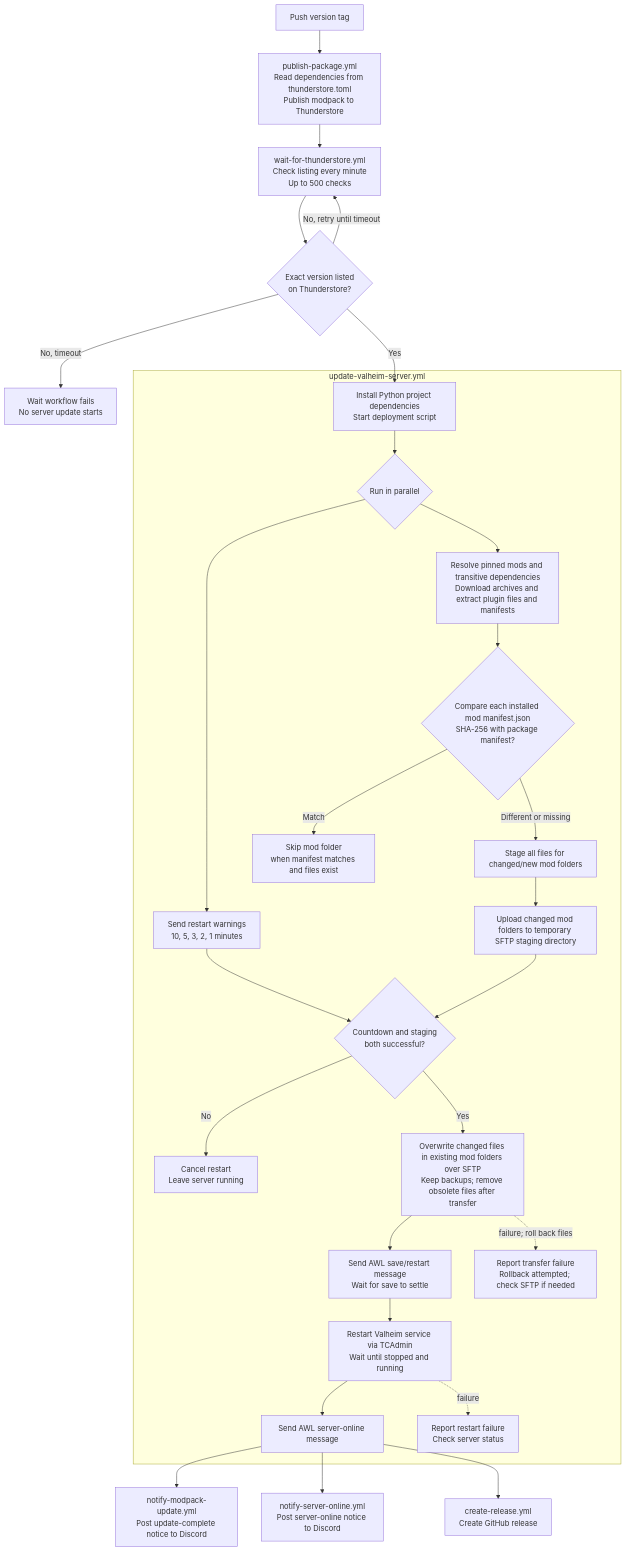
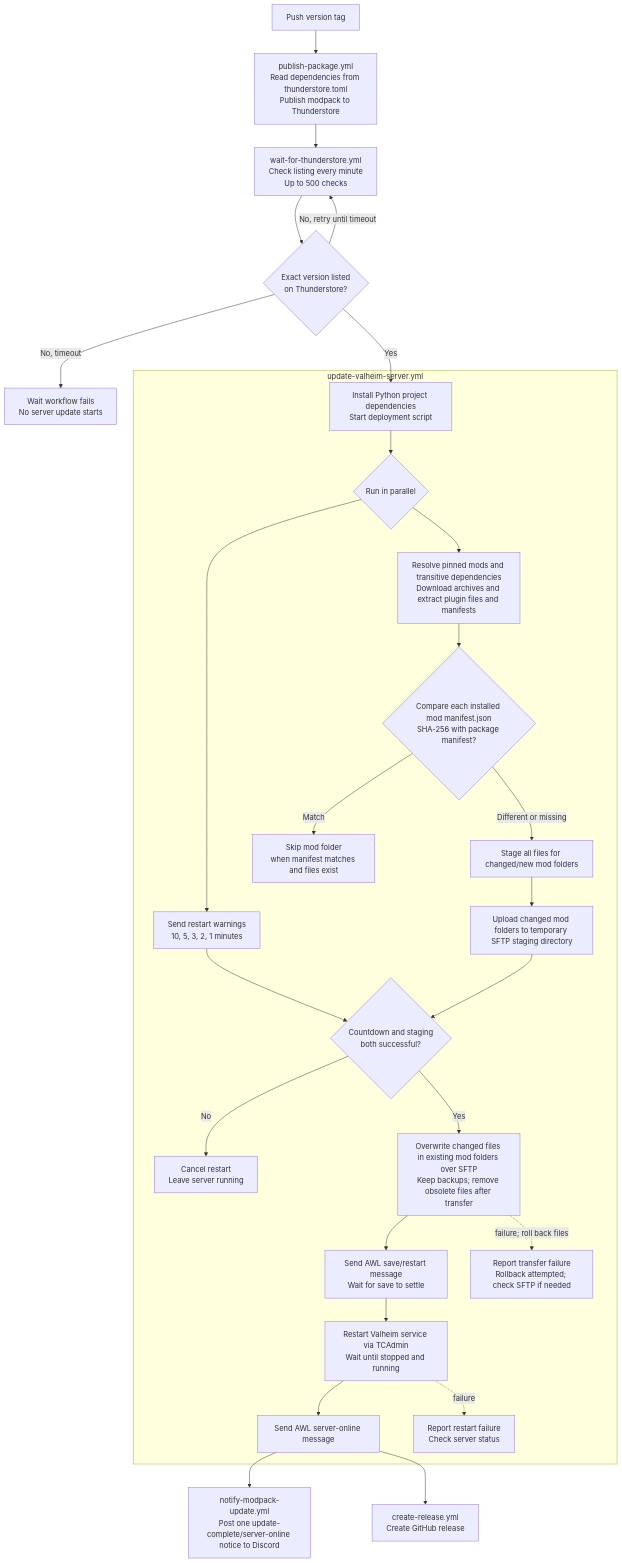
The diagram in docs/workflow.mmd (ryandamen/starfinders_valheim), drawn with Mermaid before and after one commit. The commit also changed 6 other files, not shown here.

```diff
--- a/docs/workflow.mmd
+++ b/docs/workflow.mmd
@@ -1,51 +1,49 @@
 flowchart TD
     tag["Push version tag"]
     publish["publish-package.yml<br/>Read dependencies from thunderstore.toml<br/>Publish modpack to Thunderstore"]
     wait["wait-for-thunderstore.yml<br/>Check listing every minute<br/>Up to 500 checks"]
     listed{"Exact version listed<br/>on Thunderstore?"}
     failListing["Wait workflow fails<br/>No server update starts"]
 
     subgraph deploy["update-valheim-server.yml"]
         start["Install Python project dependencies<br/>Start deployment script"]
         parallel{"Run in parallel"}
         countdown["Send restart warnings<br/>10, 5, 3, 2, 1 minutes"]
         packages["Resolve pinned mods and transitive dependencies<br/>Download archives and extract plugin files and manifests"]
         compare{"Compare each installed mod manifest.json<br/>SHA-256 with package manifest?"}
         unchanged["Skip mod folder<br/>when manifest matches and files exist"]
         changed["Stage all files for changed/new mod folders"]
         staged["Upload changed mod folders to temporary SFTP staging directory"]
         ready{"Countdown and staging<br/>both successful?"}
         cancel["Cancel restart<br/>Leave server running"]
         promote["Overwrite changed files in existing mod folders over SFTP<br/>Keep backups; remove obsolete files after transfer"]
         save["Send AWL save/restart message<br/>Wait for save to settle"]
         restart["Restart Valheim service via TCAdmin<br/>Wait until stopped and running"]
         awlOnline["Send AWL server-online message"]
         failAfterStop["Report restart failure<br/>Check server status"]
         promotionFailed["Report transfer failure<br/>Rollback attempted; check SFTP if needed"]
 
         start --> parallel
         parallel --> countdown
         parallel --> packages
         packages --> compare
         compare -->|Match| unchanged
         compare -->|Different or missing| changed --> staged
         countdown --> ready
         staged --> ready
         ready -->|No| cancel
         ready -->|Yes| promote
         promote --> save --> restart --> awlOnline
         promote -. "failure; roll back files" .-> promotionFailed
         restart -. "failure" .-> failAfterStop
     end
 
     tag --> publish --> wait --> listed
     listed -->|No, retry until timeout| wait
     listed -->|No, timeout| failListing
     listed -->|Yes| start
 
-    complete["notify-modpack-update.yml<br/>Post update-complete notice to Discord"]
-    online["notify-server-online.yml<br/>Post server-online notice to Discord"]
+    notify["notify-modpack-update.yml<br/>Post one update-complete/server-online notice to Discord"]
     release["create-release.yml<br/>Create GitHub release"]
-    awlOnline --> complete
-    awlOnline --> online
+    awlOnline --> notify
     awlOnline --> release
```
